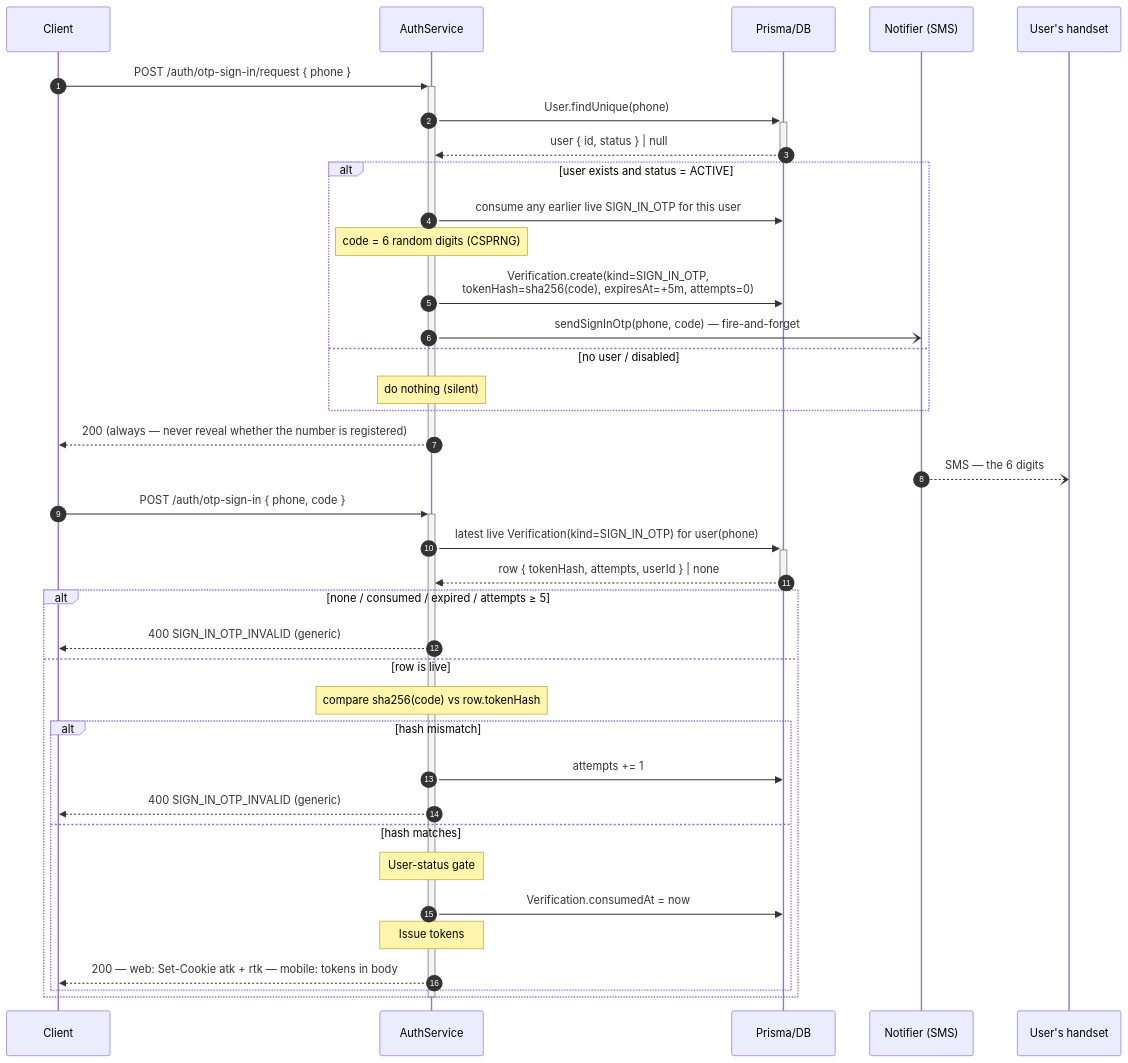
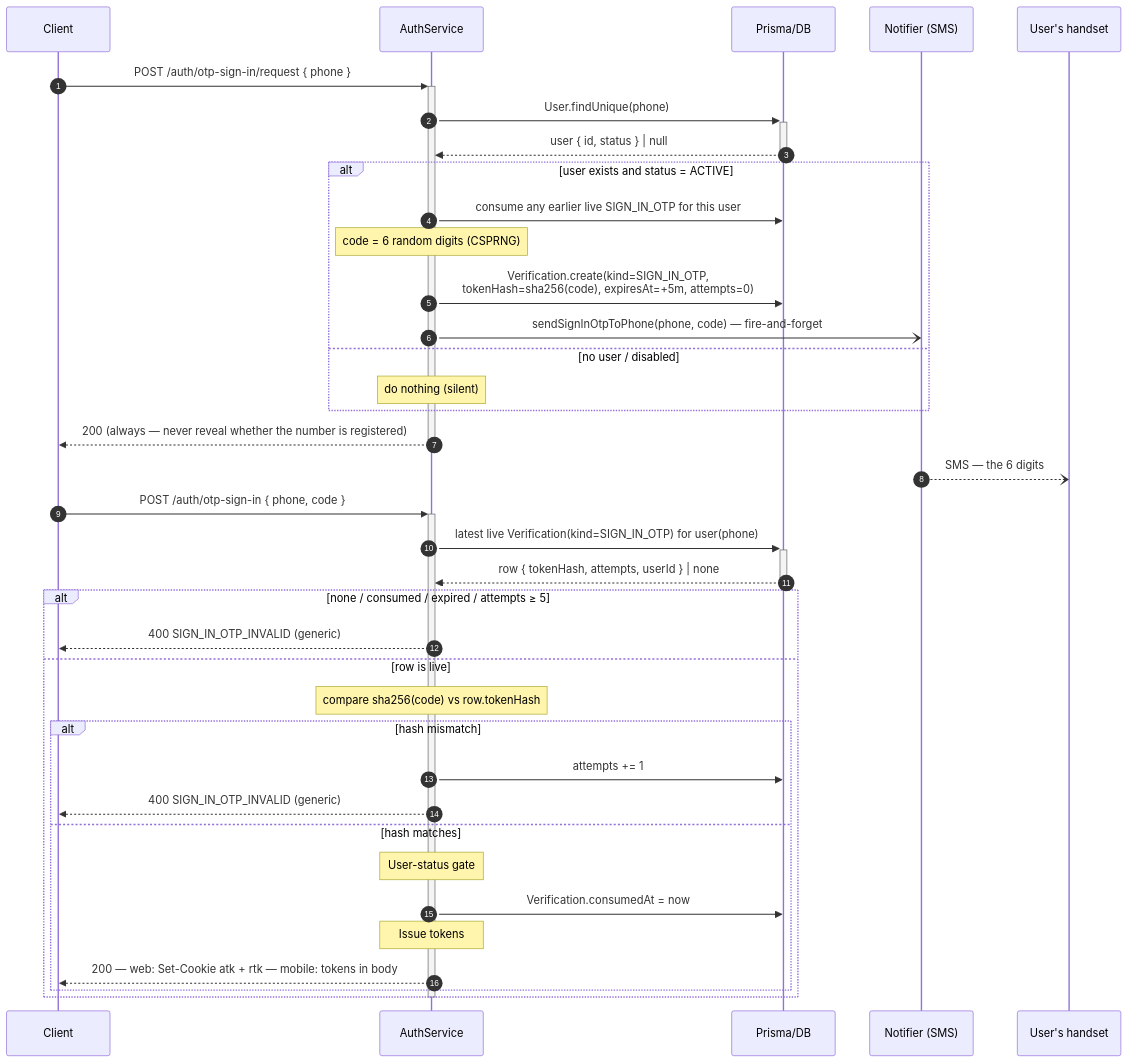
The second of 2 diagrams in apps/api/docs/architecture/authen/LOCAL-SIGN-IN.md (chuhaiphu/vinaup-platform), drawn with Mermaid before and after one commit. The commit also changed other lines of this file and 23 other files, not shown here.

````diff
--- a/apps/api/docs/architecture/authen/LOCAL-SIGN-IN.md
+++ b/apps/api/docs/architecture/authen/LOCAL-SIGN-IN.md
@@ -66,42 +66,42 @@
 ```mermaid
 sequenceDiagram
     autonumber
     participant C as Client
     participant Auth as AuthService
     participant DB as Prisma/DB
     participant N as Notifier (SMS)
     participant U as User's handset
 
     C->>+Auth: POST /auth/otp-sign-in/request { phone }
     Auth->>+DB: User.findUnique(phone)
     DB-->>-Auth: user { id, status } | null
     alt user exists and status = ACTIVE
         Auth->>DB: consume any earlier live SIGN_IN_OTP for this user
         Note over Auth: code = 6 random digits (CSPRNG)
         Auth->>DB: Verification.create(kind=SIGN_IN_OTP,<br/>tokenHash=sha256(code), expiresAt=+5m, attempts=0)
-        Auth-)N: sendSignInOtp(phone, code) — fire-and-forget
+        Auth-)N: sendSignInOtpToPhone(phone, code) — fire-and-forget
     else no user / disabled
         Note over Auth: do nothing (silent)
     end
     Auth-->>-C: 200 (always — never reveal whether the number is registered)
     N--)U: SMS — the 6 digits
 
     C->>+Auth: POST /auth/otp-sign-in { phone, code }
     Auth->>+DB: latest live Verification(kind=SIGN_IN_OTP) for user(phone)
     DB-->>-Auth: row { tokenHash, attempts, userId } | none
     alt none / consumed / expired / attempts ≥ 5
         Auth-->>C: 400 SIGN_IN_OTP_INVALID (generic)
     else row is live
         Note over Auth: compare sha256(code) vs row.tokenHash
         alt hash mismatch
             Auth->>DB: attempts += 1
             Auth-->>C: 400 SIGN_IN_OTP_INVALID (generic)
         else hash matches
             Note over Auth: User-status gate
             Auth->>DB: Verification.consumedAt = now
             Note over Auth: Issue tokens
             Auth-->>C: 200 — web: Set-Cookie atk + rtk — mobile: tokens in body
         end
     end
     deactivate Auth
 ```
````
